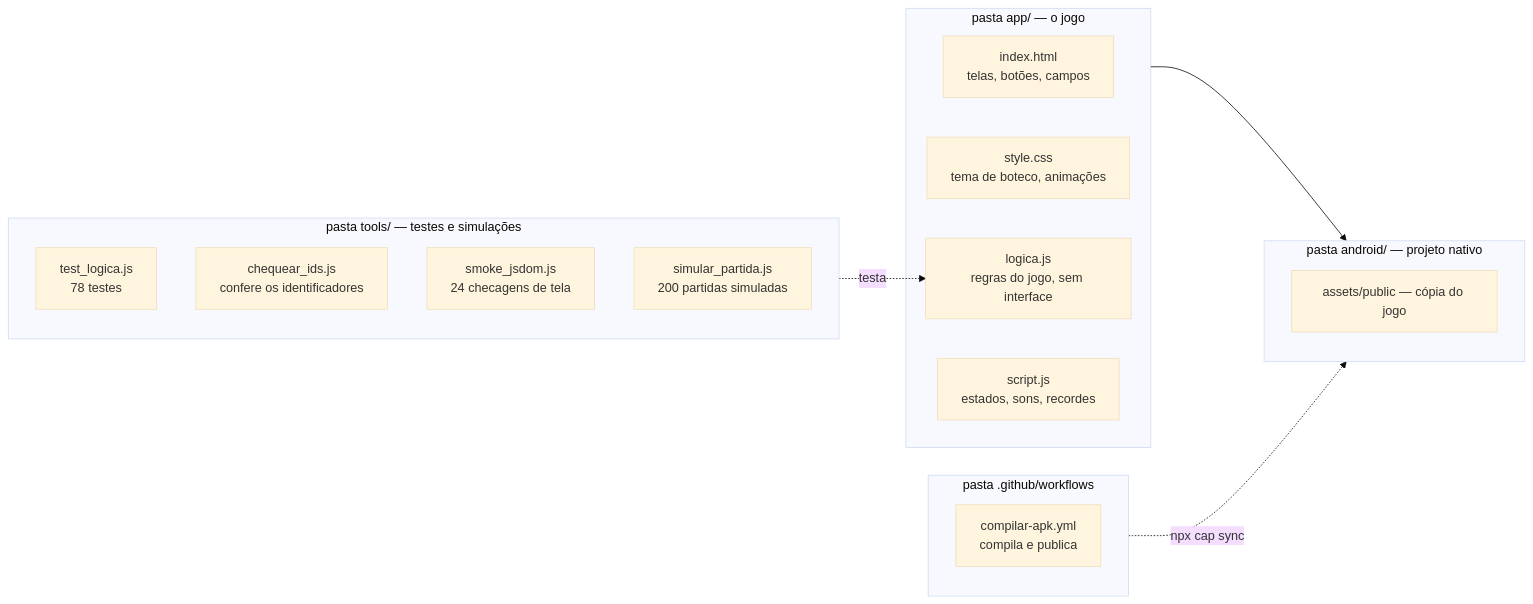
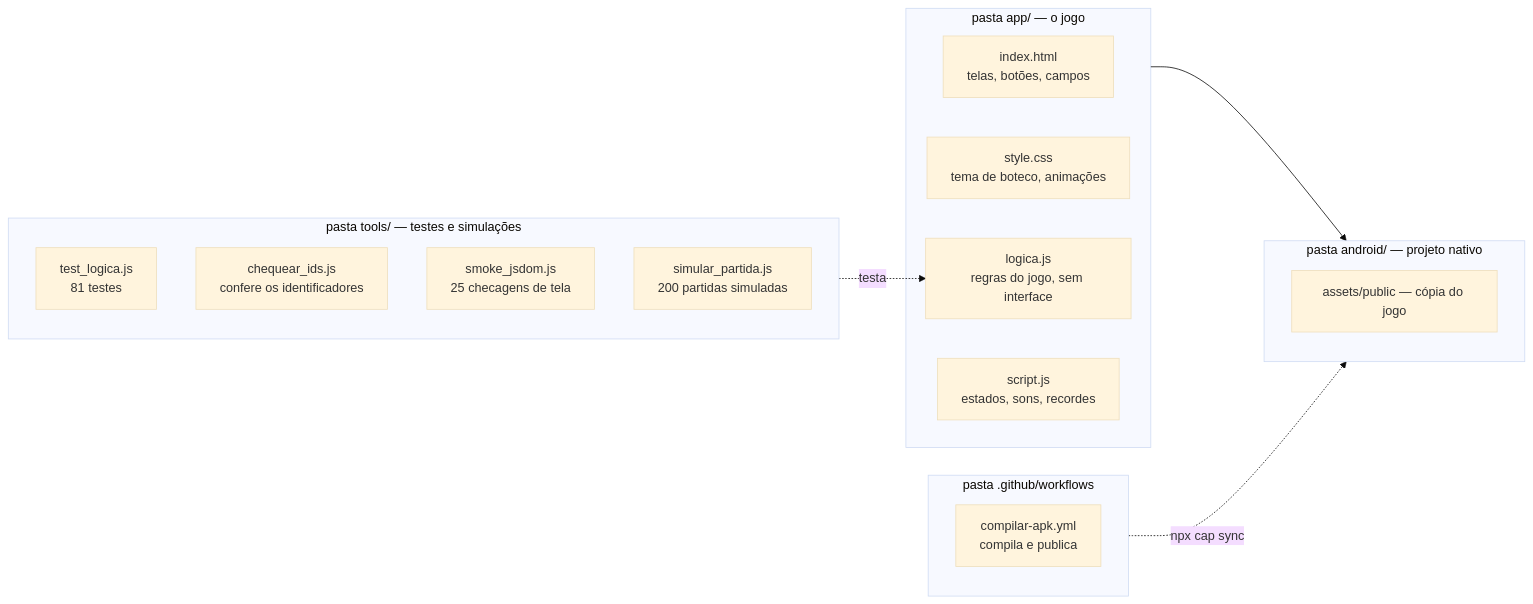
The second of 5 diagrams in README.md (Lokan96/poker-do-caos), drawn with Mermaid (base theme) before and after one commit. The commit also changed other lines of this file and 6 other files, not shown here.

````diff
--- a/README.md
+++ b/README.md
@@ -68,24 +68,24 @@
 ```mermaid
 flowchart LR
     subgraph APP["pasta app/ — o jogo"]
         HTML["index.html<br/>telas, botões, campos"]
         CSS["style.css<br/>tema de boteco, animações"]
         LOG["logica.js<br/>regras do jogo, sem interface"]
         SCR["script.js<br/>estados, sons, recordes"]
     end
     subgraph FERR["pasta tools/ — testes e simulações"]
-        T1["test_logica.js<br/>78 testes"]
+        T1["test_logica.js<br/>81 testes"]
         T2["chequear_ids.js<br/>confere os identificadores"]
-        T3["smoke_jsdom.js<br/>24 checagens de tela"]
+        T3["smoke_jsdom.js<br/>25 checagens de tela"]
         T4["simular_partida.js<br/>200 partidas simuladas"]
     end
     subgraph AND["pasta android/ — projeto nativo"]
         A2["assets/public — cópia do jogo"]
     end
     subgraph CIP["pasta .github/workflows"]
         W["compilar-apk.yml<br/>compila e publica"]
     end
     APP --> AND
     FERR -.testa.-> LOG
     CIP -.npx cap sync.-> AND
 ```
````
